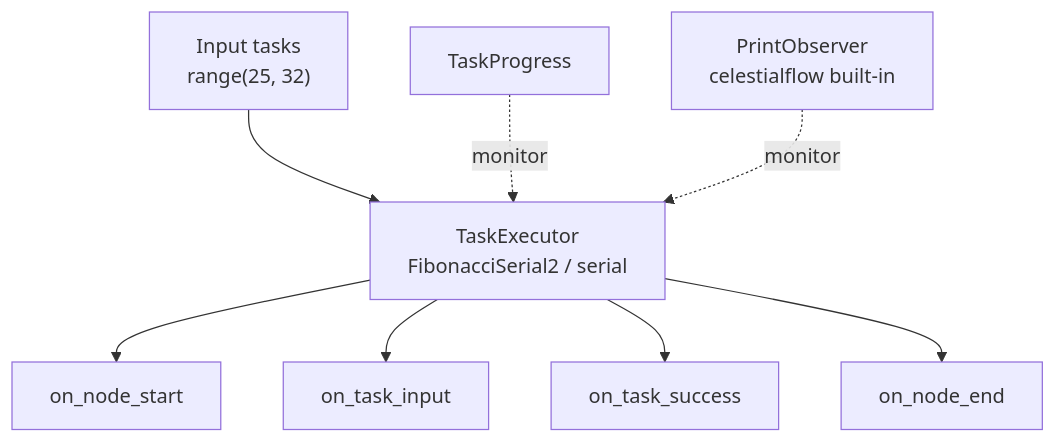
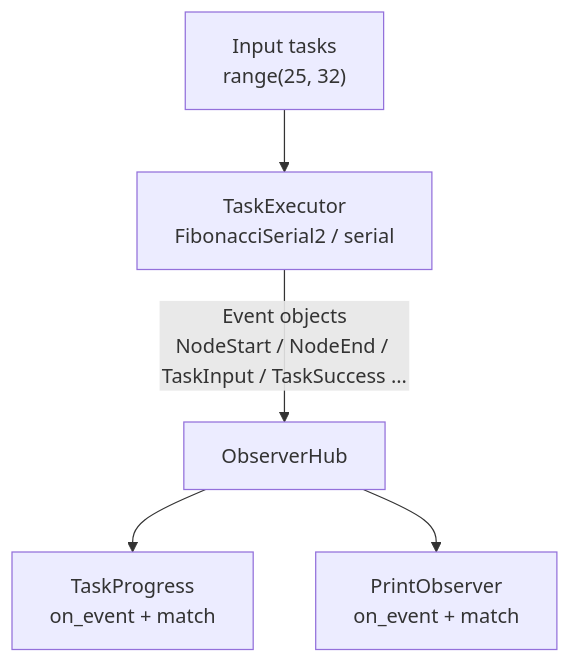
Before and after one commit to Mr-xiaotian/CelestialFlow: the diagram in docs/en/demo/demo_observer.md, drawn with Mermaid. The commit also changed other lines of this file and 176 other files, not shown here.

````diff
--- a/docs/en/demo/demo_observer.md
+++ b/docs/en/demo/demo_observer.md
@@ -25,10 +25,7 @@
 ```mermaid
 flowchart TB
     Input["Input tasks<br/>range(25, 32)"] --> Executor["TaskExecutor<br/>FibonacciSerial2 / serial"]
-    Progress["TaskProgress"] -.monitor.-> Executor
-    Custom["PrintObserver<br/>celestialflow built-in"] -.monitor.-> Executor
-    Executor --> NodeStart["on_node_start"]
-    Executor --> TaskInput["on_task_input"]
-    Executor --> Success["on_task_success"]
-    Executor --> NodeEnd["on_node_end"]
+    Executor -->|"Event objects<br/>NodeStart / NodeEnd / TaskInput / TaskSuccess ..."| Hub["ObserverHub"]
+    Hub --> Progress["TaskProgress<br/>on_event + match"]
+    Hub --> Print["PrintObserver<br/>on_event + match"]
 ```
````
